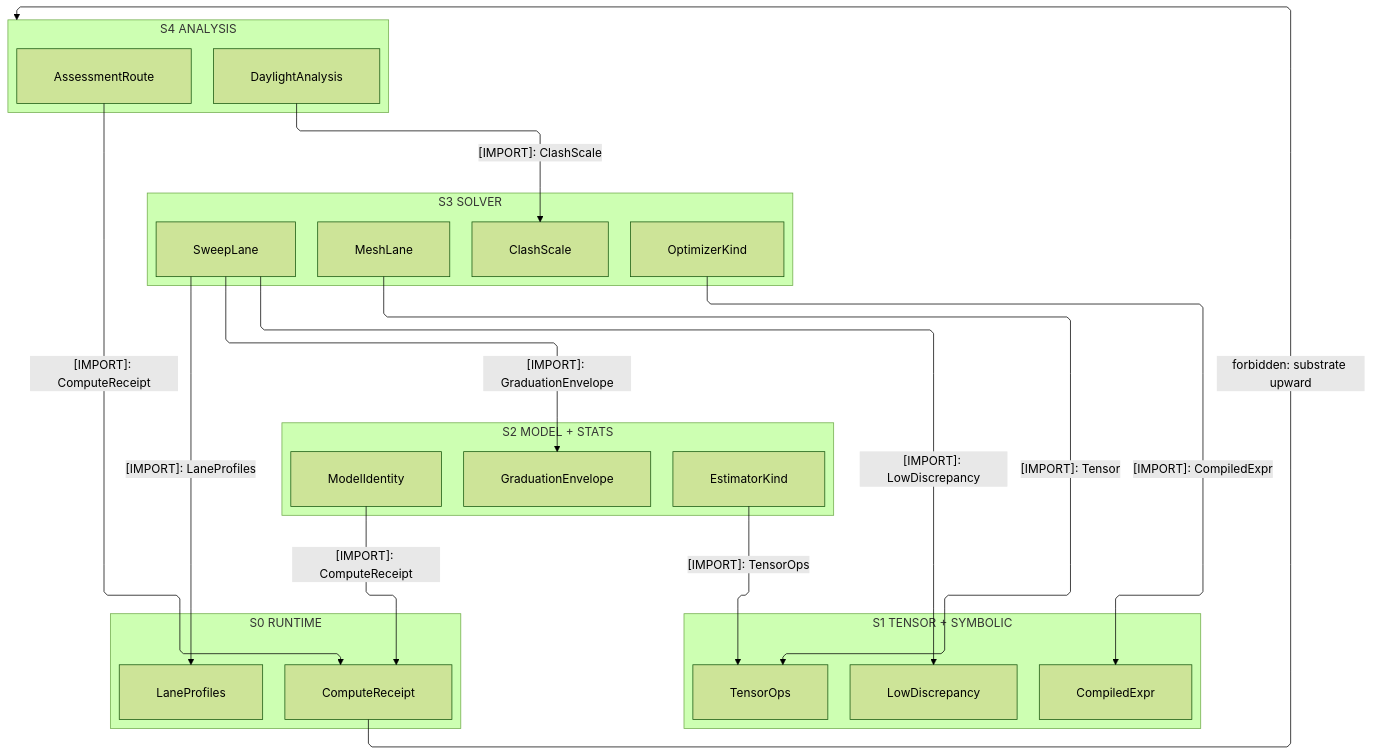
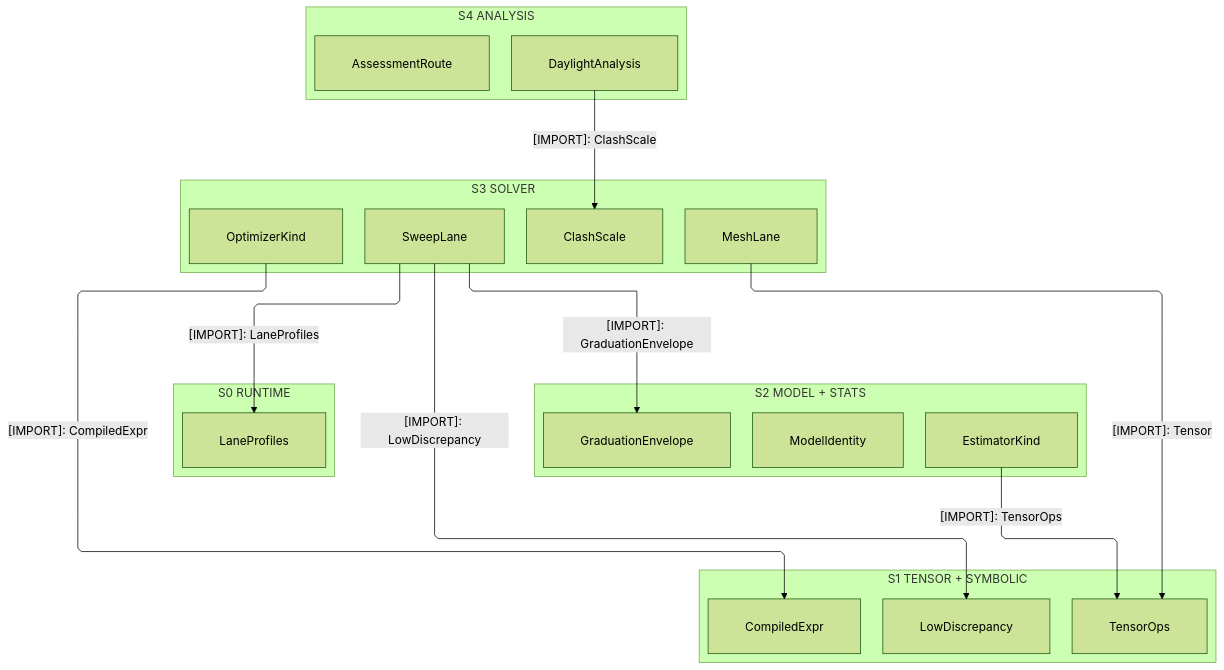
The first of 4 diagrams in libs/dotnet/Rasm.Compute/ARCHITECTURE.md (bsamiee/Rasm), drawn with Mermaid (forest theme) before and after one commit. The commit also changed other lines of this file and 1417 other files, not shown here.

````diff
--- a/libs/dotnet/Rasm.Compute/ARCHITECTURE.md
+++ b/libs/dotnet/Rasm.Compute/ARCHITECTURE.md
@@ -99,46 +97,42 @@
 ```mermaid
 ---
 config:
   layout: elk
   flowchart:
     curve: linear
     padding: 25
 ---
 flowchart TB
     accTitle: Rasm.Compute interior strata
     accDescr: How the assessment rail composes the solver, model, numeric, and substrate ranks with no upward import.
     subgraph S4["S4 ANALYSIS"]
         Assessment[AssessmentRoute]
         Daylight[DaylightAnalysis]
     end
     subgraph S3["S3 SOLVER"]
         Sweep[SweepLane]
         Mesh[MeshLane]
         Optimizer[OptimizerKind]
         Clash[ClashScale]
     end
     subgraph S2["S2 MODEL + STATS"]
         Envelope[GraduationEnvelope]
         Identity[ModelIdentity]
         Estimator[EstimatorKind]
     end
     subgraph S1["S1 TENSOR + SYMBOLIC"]
         Sampling[LowDiscrepancy]
         Ops[TensorOps]
         Compiled[CompiledExpr]
     end
     subgraph S0["S0 RUNTIME"]
-        Receipt[ComputeReceipt]
         Lane[LaneProfiles]
     end
-    Assessment e1@-->|"[IMPORT]: ComputeReceipt"| Receipt
     Daylight e2@-->|"[IMPORT]: ClashScale"| Clash
     Sweep e3@-->|"[IMPORT]: GraduationEnvelope"| Envelope
     Optimizer e4@-->|"[IMPORT]: CompiledExpr"| Compiled
     Sweep e5@-->|"[IMPORT]: LowDiscrepancy"| Sampling
     Estimator e6@-->|"[IMPORT]: TensorOps"| Ops
-    Identity e7@-->|"[IMPORT]: ComputeReceipt"| Receipt
     Mesh e8@-->|"[IMPORT]: Tensor<T>"| Ops
     Sweep e9@-->|"[IMPORT]: LaneProfiles"| Lane
-    Receipt f1@-->|"forbidden: substrate upward"| S4
 ```
````
